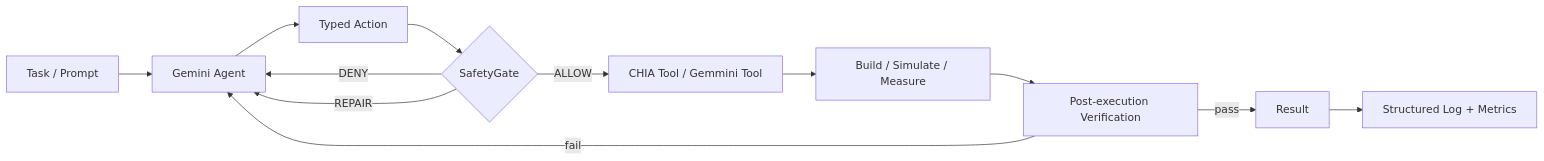
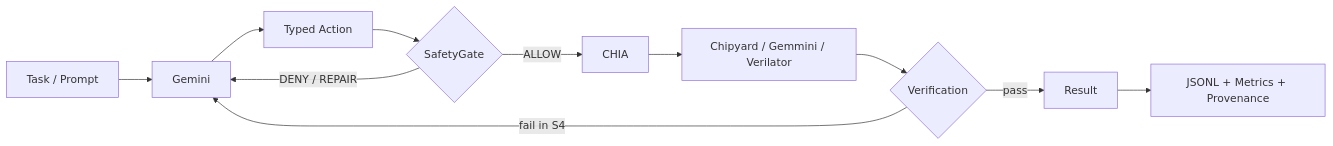
One commit to hobbyknight/chia-work changed the diagram in README.md. Above: the diagram before and after it, drawn with Mermaid. The commit also changed other lines of this file, not shown here.

Commit message:
docs: promote real Gemmini workload and U0-S4 workflows

````diff
--- a/README.md
+++ b/README.md
@@ -13,14 +13,13 @@
 ```mermaid
 flowchart LR
-    A[Task / Prompt] --> B[Gemini Agent]
+    A[Task / Prompt] --> B[Gemini]
     B --> C[Typed Action]
     C --> D{SafetyGate}
-    D -->|ALLOW| E[CHIA Tool / Gemmini Tool]
-    D -->|DENY| B
-    D -->|REPAIR| B
-    E --> F[Build / Simulate / Measure]
-    F --> G[Post-execution Verification]
+    D -->|ALLOW| E[CHIA]
+    D -->|DENY / REPAIR| B
+    E --> F[Chipyard / Gemmini / Verilator]
+    F --> G{Verification}
     G -->|pass| H[Result]
-    G -->|fail| B
-    H --> I[Structured Log + Metrics]
+    G -->|fail in S4| B
+    H --> I[JSONL + Metrics + Provenance]
 ```
````
